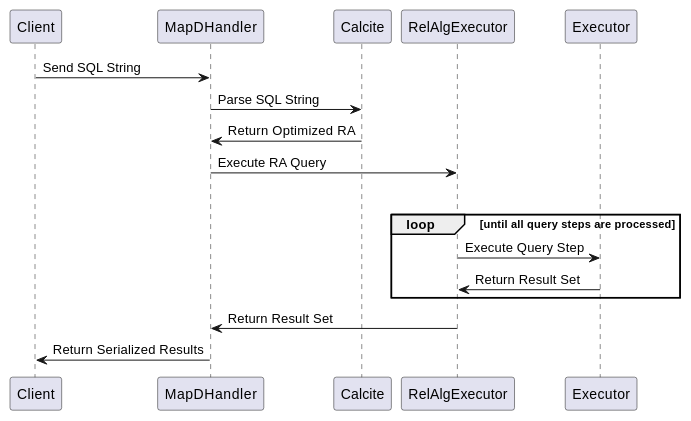
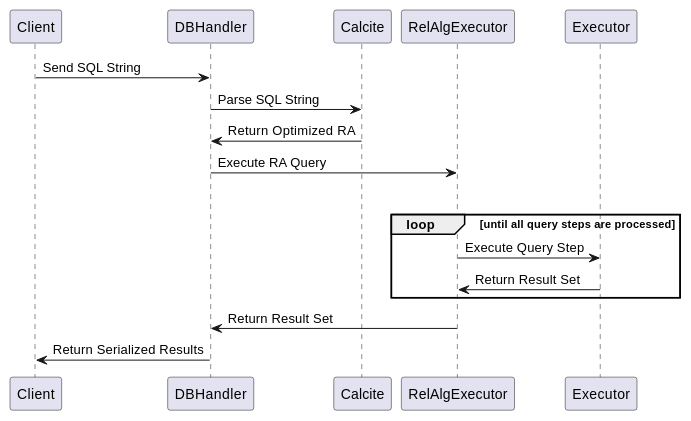
Before and after one commit to heavyai/heavydb: the first of 2 diagrams in docs/source/execution/overview.rst, drawn with PlantUML. The commit also changed other lines of this file and 25 other files, not shown here.

Commit message:
Rename MapDHandler, drop prefixes for other handlers

```diff
--- a/docs/source/execution/overview.rst
+++ b/docs/source/execution/overview.rst
@@ -6,23 +6,23 @@
 .. uml::
     :align: center
 
     @startuml
-    Client -> MapDHandler: Send SQL String
+    Client -> DBHandler: Send SQL String
 
-    MapDHandler -> Calcite: Parse SQL String
+    DBHandler -> Calcite: Parse SQL String
 
-    Calcite -> MapDHandler: Return Optimized RA
+    Calcite -> DBHandler: Return Optimized RA
 
-    MapDHandler -> RelAlgExecutor: Execute RA Query
+    DBHandler -> RelAlgExecutor: Execute RA Query
 
     group RelAlgExecutor
         loop until all query steps are processed
             RelAlgExecutor -> Executor: Execute Query Step
             Executor -> RelAlgExecutor: Return Result Set
     end
 
-    RelAlgExecutor -> MapDHandler: Return Result Set
+    RelAlgExecutor -> DBHandler: Return Result Set
 
-    MapDHandler -> Client: Return Serialized Results
+    DBHandler -> Client: Return Serialized Results
     
     @enduml
```
